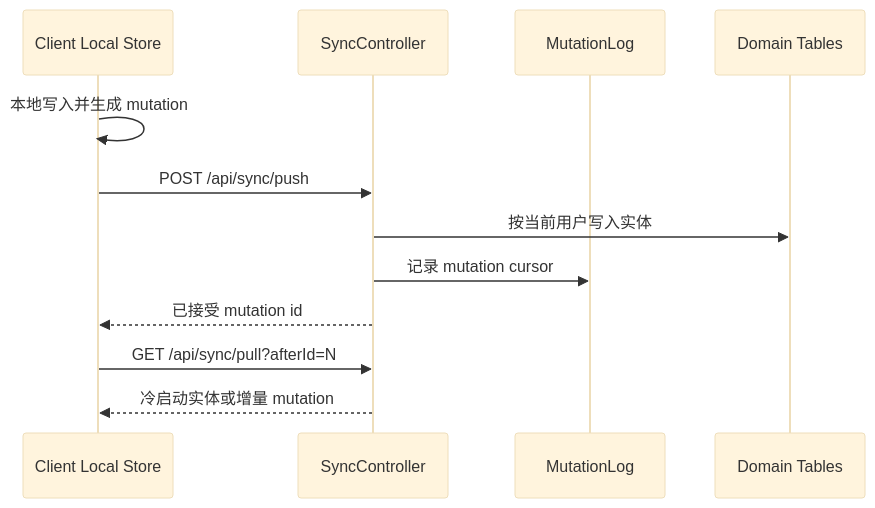
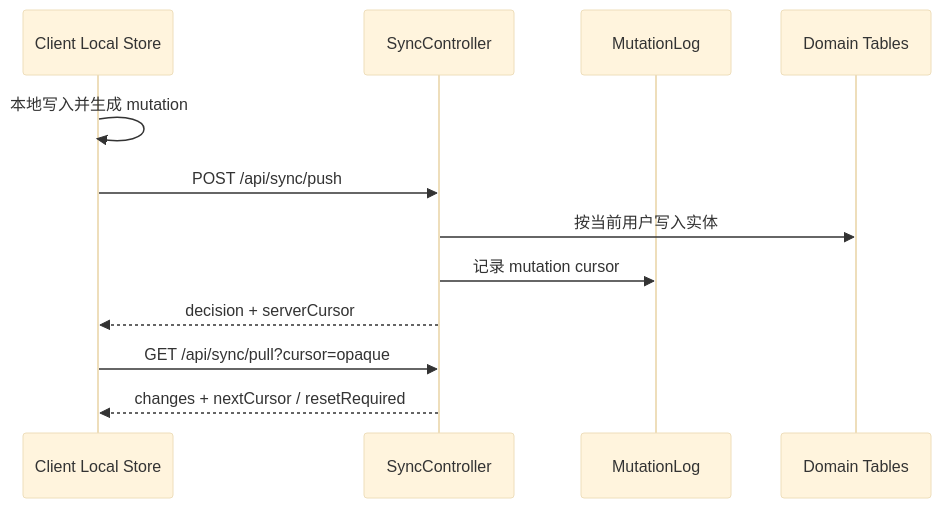
Before and after one commit to fewhuooo/Auralis: the third of 4 diagrams in docs/project/Architecture.md, drawn with Mermaid (base theme). The commit also changed other lines of this file and 5 other files, not shown here.

Commit message:
docs: design pc tauri ai reading flow

````diff
--- a/docs/project/Architecture.md
+++ b/docs/project/Architecture.md
@@ -122,14 +121,14 @@
 ```mermaid
 sequenceDiagram
   participant C as Client Local Store
   participant S as SyncController
   participant M as MutationLog
   participant D as Domain Tables
   C->>C: 本地写入并生成 mutation
   C->>S: POST /api/sync/push
   S->>D: 按当前用户写入实体
   S->>M: 记录 mutation cursor
-  S-->>C: 已接受 mutation id
-  C->>S: GET /api/sync/pull?afterId=N
-  S-->>C: 冷启动实体或增量 mutation
+  S-->>C: decision + serverCursor
+  C->>S: GET /api/sync/pull?cursor=opaque
+  S-->>C: changes + nextCursor / resetRequired
 ```
````
